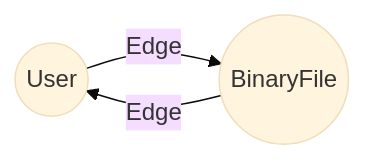
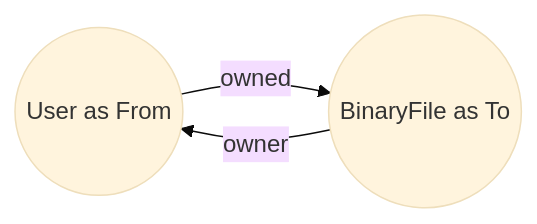
Before and after one commit to spiegel-im-spiegel/zenn-docs: the second of 3 diagrams in books/a-study-in-postgresql/entity-relationship-by-ent.md, drawn with Mermaid (base theme). The commit also changed other lines of this file and 2 other files, not shown here.

Commit message:
Fix ER diagram by mermaid.js

````diff
--- a/books/a-study-in-postgresql/entity-relationship-by-ent.md
+++ b/books/a-study-in-postgresql/entity-relationship-by-ent.md
@@ -101,5 +101,5 @@
 ```mermaid
 graph LR
-User((User<From>)) -- Edge<owned> --> BinaryFile((BinaryFile<To>))
-BinaryFile -- Edge<owner> --> User
+User((User as From)) -- owned --> BinaryFile((BinaryFile as To))
+BinaryFile -- owner --> User
 ```
````
